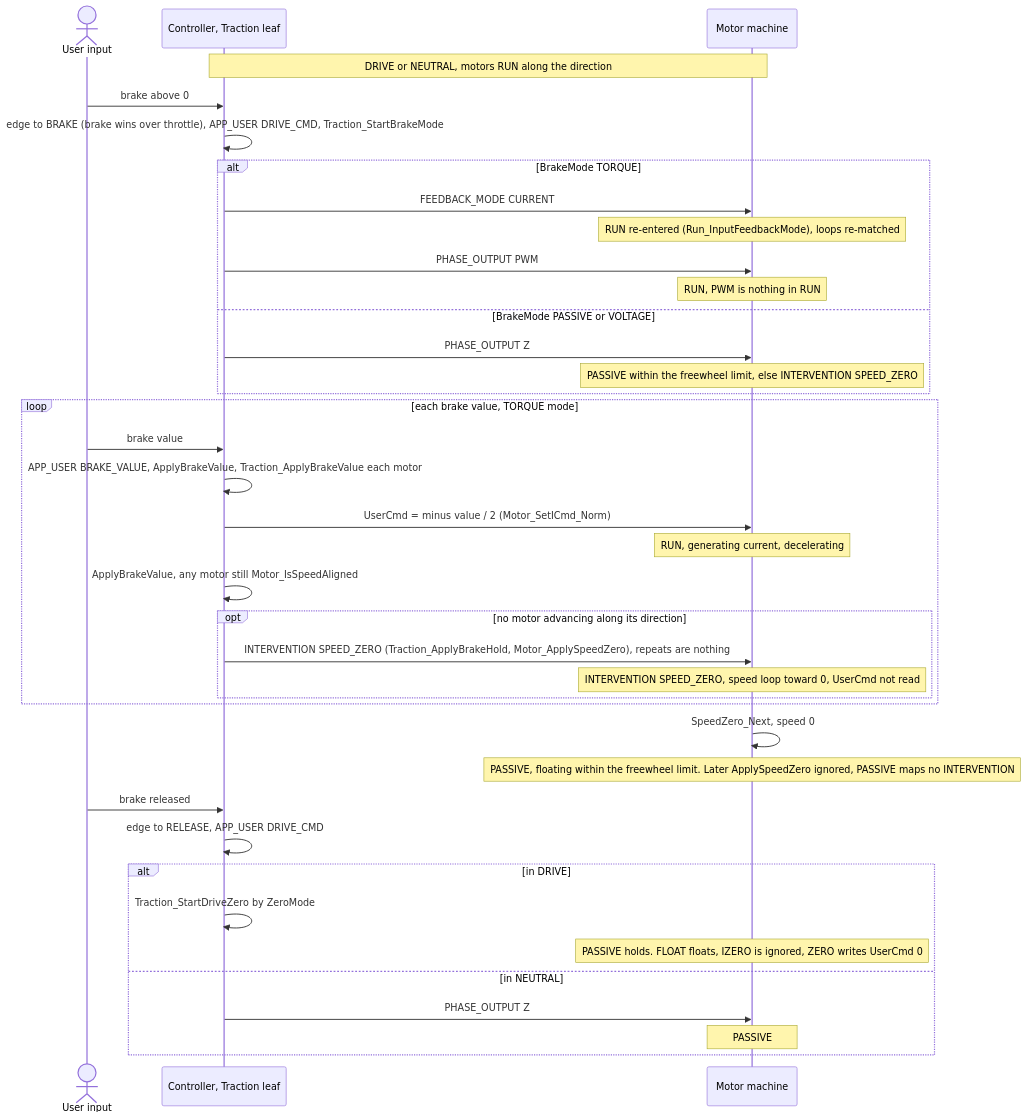
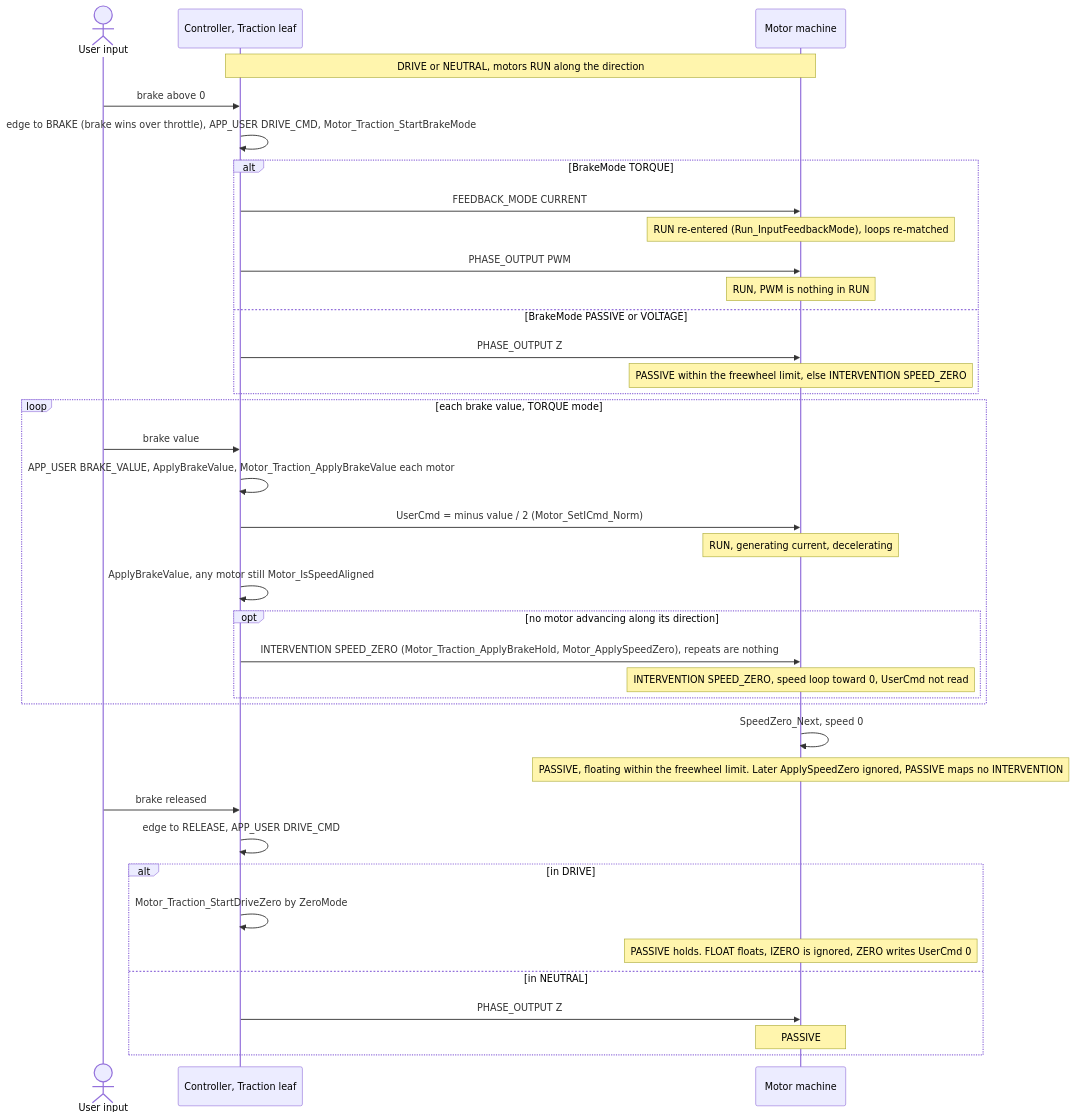
One commit to FireSourcery/FireSourcery_Library changed the third of 6 diagrams in Motor/MotorController/Traction/MotorController_Traction.md. Above: the diagram before and after it, drawn with Mermaid. The commit also changed other lines of this file and 9 other files, not shown here.

````diff
--- a/Motor/MotorController/Traction/MotorController_Traction.md
+++ b/Motor/MotorController/Traction/MotorController_Traction.md
@@ -141,40 +143,40 @@
 ```mermaid
 sequenceDiagram
     actor U as User input
     participant C as Controller, Traction leaf
     participant M as Motor machine
     Note over C,M: DRIVE or NEUTRAL, motors RUN along the direction
     U->>C: brake above 0
-    C->>C: edge to BRAKE (brake wins over throttle), APP_USER DRIVE_CMD, Traction_StartBrakeMode
+    C->>C: edge to BRAKE (brake wins over throttle), APP_USER DRIVE_CMD, Motor_Traction_StartBrakeMode
     alt BrakeMode TORQUE
         C->>M: FEEDBACK_MODE CURRENT
         Note over M: RUN re-entered (Run_InputFeedbackMode), loops re-matched
         C->>M: PHASE_OUTPUT PWM
         Note over M: RUN, PWM is nothing in RUN
     else BrakeMode PASSIVE or VOLTAGE
         C->>M: PHASE_OUTPUT Z
         Note over M: PASSIVE within the freewheel limit, else INTERVENTION SPEED_ZERO
     end
     loop each brake value, TORQUE mode
         U->>C: brake value
-        C->>C: APP_USER BRAKE_VALUE, ApplyBrakeValue, Traction_ApplyBrakeValue each motor
+        C->>C: APP_USER BRAKE_VALUE, ApplyBrakeValue, Motor_Traction_ApplyBrakeValue each motor
         C->>M: UserCmd = minus value / 2 (Motor_SetICmd_Norm)
         Note over M: RUN, generating current, decelerating
         C->>C: ApplyBrakeValue, any motor still Motor_IsSpeedAligned
         opt no motor advancing along its direction
-            C->>M: INTERVENTION SPEED_ZERO (Traction_ApplyBrakeHold, Motor_ApplySpeedZero), repeats are nothing
+            C->>M: INTERVENTION SPEED_ZERO (Motor_Traction_ApplyBrakeHold, Motor_ApplySpeedZero), repeats are nothing
             Note over M: INTERVENTION SPEED_ZERO, speed loop toward 0, UserCmd not read
         end
     end
     M->>M: SpeedZero_Next, speed 0
     Note over M: PASSIVE, floating within the freewheel limit. Later ApplySpeedZero ignored, PASSIVE maps no INTERVENTION
     U->>C: brake released
     C->>C: edge to RELEASE, APP_USER DRIVE_CMD
     alt in DRIVE
-        C->>C: Traction_StartDriveZero by ZeroMode
+        C->>C: Motor_Traction_StartDriveZero by ZeroMode
         Note over M: PASSIVE holds. FLOAT floats, IZERO is ignored, ZERO writes UserCmd 0
     else in NEUTRAL
         C->>M: PHASE_OUTPUT Z
         Note over M: PASSIVE
     end
 ```
````
